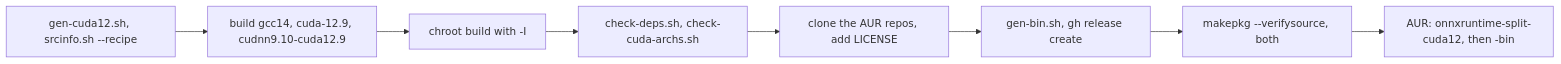
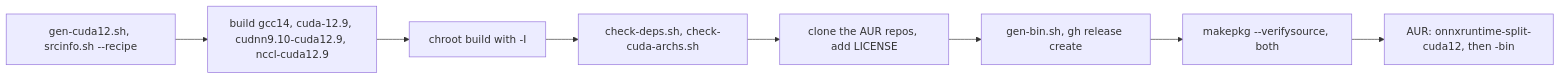
The diagram in docs/release-cuda12.md (rsd/omarchy-onnxruntime), drawn with Mermaid before and after one commit. The commit also changed other lines of this file and 45 other files, not shown here.

````diff
--- a/docs/release-cuda12.md
+++ b/docs/release-cuda12.md
@@ -5,10 +5,10 @@
 ```mermaid
 flowchart LR
-    A[gen-cuda12.sh, srcinfo.sh --recipe] --> B[build gcc14, cuda-12.9, cudnn9.10-cuda12.9]
+    A[gen-cuda12.sh, srcinfo.sh --recipe] --> B[build gcc14, cuda-12.9, cudnn9.10-cuda12.9, nccl-cuda12.9]
     B --> C[chroot build with -I]
     C --> D[check-deps.sh, check-cuda-archs.sh]
     D --> E[clone the AUR repos, add LICENSE]
     E --> F[gen-bin.sh, gh release create]
     F --> G[makepkg --verifysource, both]
     G --> H[AUR: onnxruntime-split-cuda12, then -bin]
 ```
````
